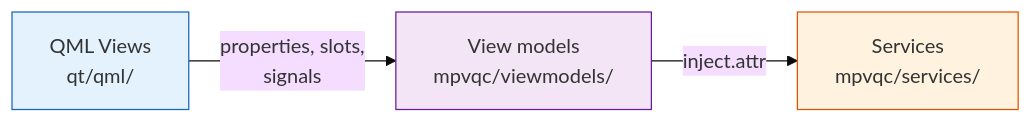
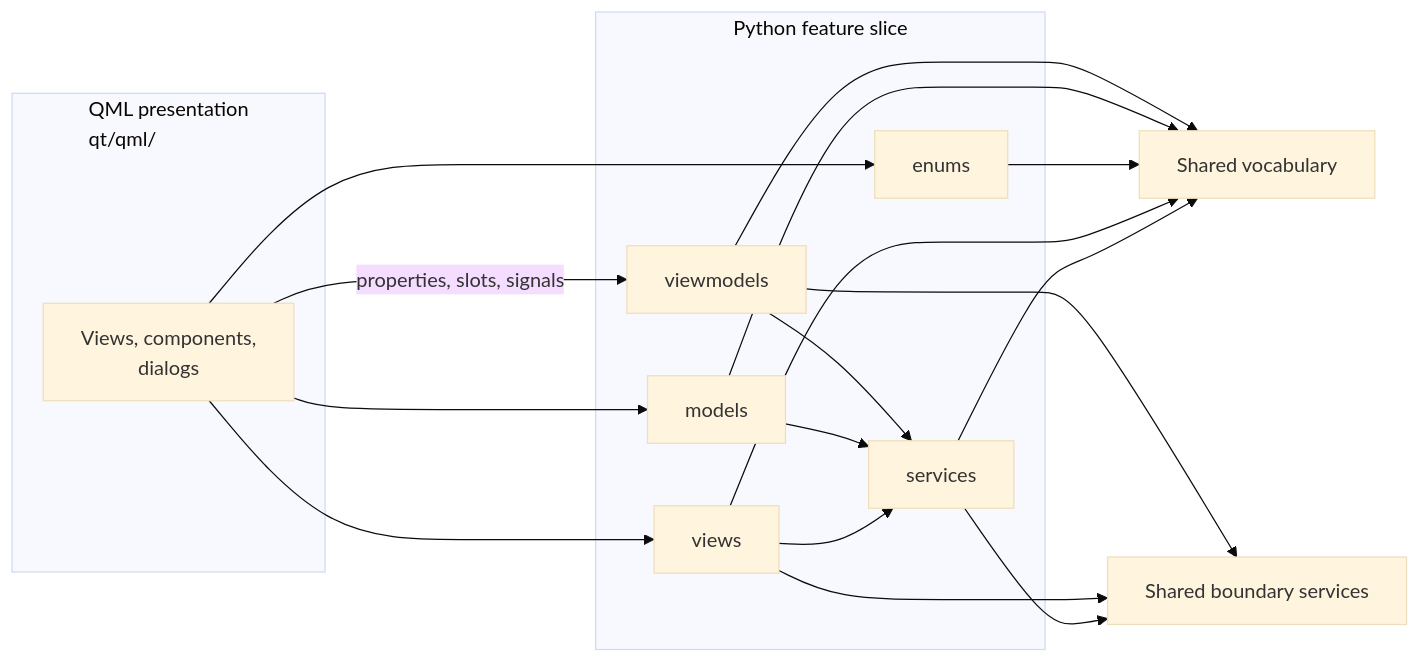
The first of 3 diagrams in docs/architecture.md (mpvqc/mpvQC), drawn with Mermaid (base theme) before and after one commit. The commit also changed other lines of this file and 2 other files, not shown here.

````diff
--- a/docs/architecture.md
+++ b/docs/architecture.md
@@ -12,16 +12,33 @@
 ```mermaid
 flowchart LR
-    QML["QML Views<br/>qt/qml/"]
-    VM["View models<br/>mpvqc/viewmodels/"]
-    SVC["Services<br/>mpvqc/services/"]
+    subgraph QML["QML presentation<br/>qt/qml/"]
+        UI["Views, components,<br/>dialogs"]
+    end
 
-    QML -->|"properties, slots,<br/>signals"| VM
-    VM -->|"inject.attr"| SVC
+    subgraph Slice["Python feature slice"]
+        VM["viewmodels"]
+        MODEL["models"]
+        ENUM["enums"]
+        VIEW["views"]
+        SERVICE["services"]
+    end
 
-    classDef qml fill:#e3f2fd,stroke:#1565c0
-    classDef vm fill:#f3e5f5,stroke:#6a1b9a
-    classDef svc fill:#fff3e0,stroke:#e65100
-    class QML qml
-    class VM vm
-    class SVC svc
+    VOCAB["Shared vocabulary"]
+    BOUNDARY["Shared boundary services"]
+
+    UI -->|"properties, slots, signals"| VM
+    UI --> MODEL
+    UI --> ENUM
+    UI --> VIEW
+    VM --> SERVICE
+    MODEL --> SERVICE
+    VIEW --> SERVICE
+    VM --> VOCAB
+    MODEL --> VOCAB
+    ENUM --> VOCAB
+    VIEW --> VOCAB
+    SERVICE --> VOCAB
+    VM --> BOUNDARY
+    VIEW --> BOUNDARY
+    SERVICE --> BOUNDARY
 ```
````
